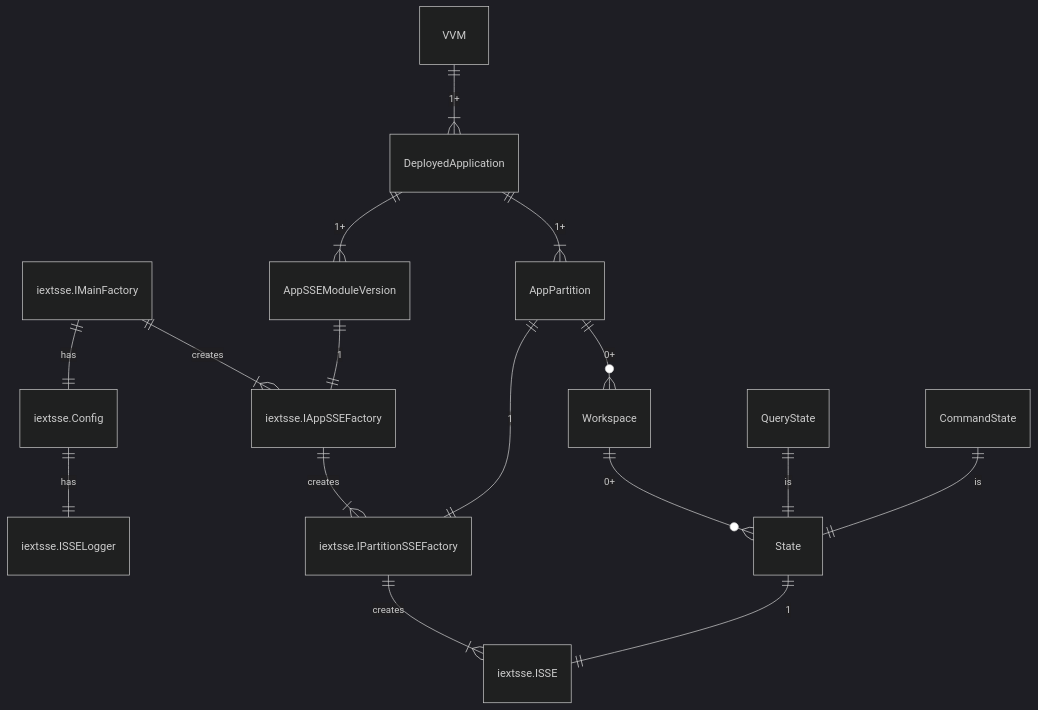
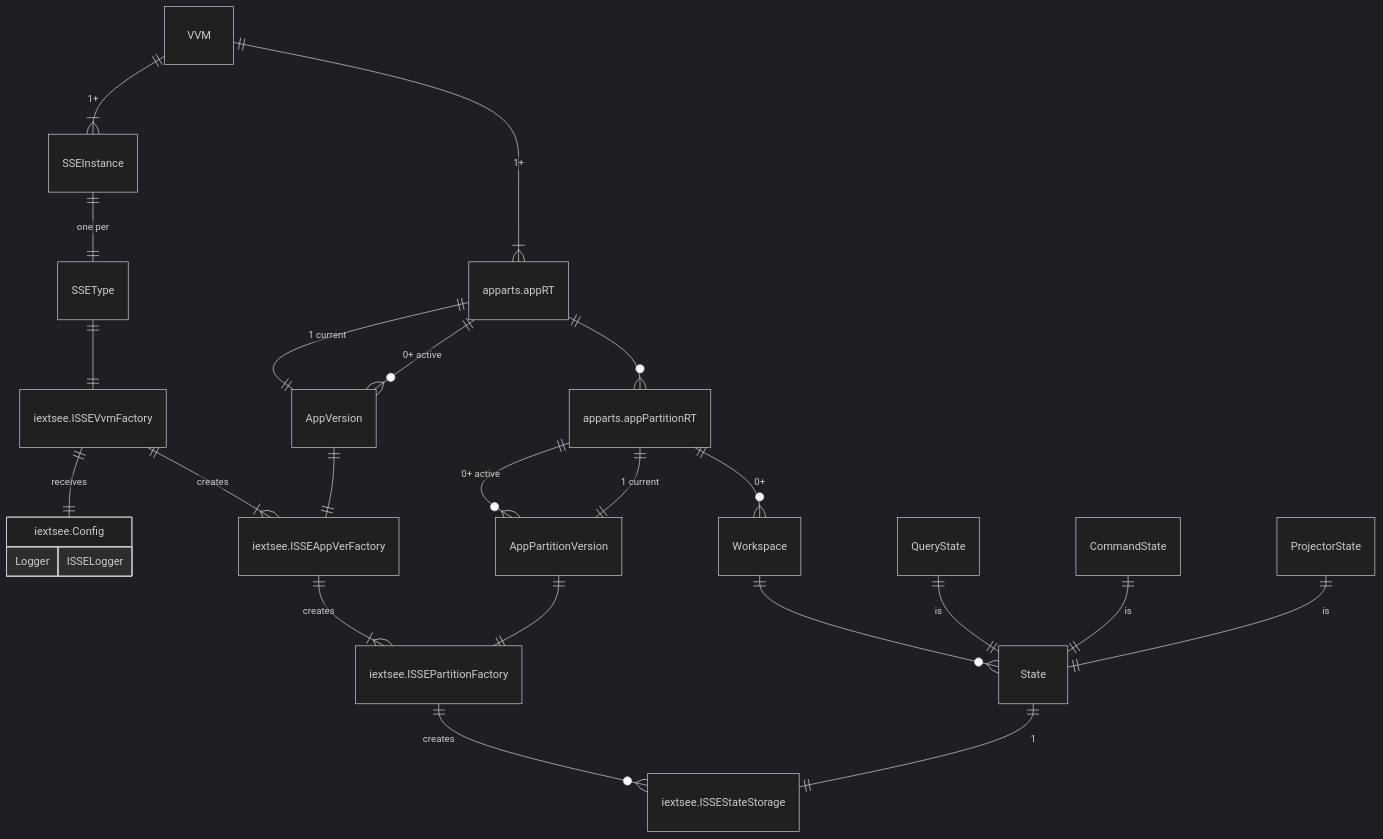
One commit to voedger/voedger changed the diagram in pkg/iextsse/README.md. Above: the diagram before and after it, drawn with Mermaid (dark theme). The commit also changed other lines of this file and 8 other files, not shown here.

````diff
--- a/pkg/iextsse/README.md
+++ b/pkg/iextsse/README.md
@@ -7,31 +15,58 @@
 ```mermaid
 erDiagram
     %% Entities
 
 
+    AppPartition["apparts.appPartitionRT"]
+    ISSEVvmFactory["iextsee.ISSEVvmFactory"]
+
+    %% It is here for better layout
+    ISSEVvmFactory ||--|| "iextsee.Config" : "receives"
+
+    ISSEAppVerFactory["iextsee.ISSEAppVerFactory"]
+    ISSEPartitionFactory["iextsee.ISSEPartitionFactory"]
+    ISSEStateStorage["iextsee.ISSEStateStorage"]
+
+    App["apparts.appRT"]
+
+    "iextsee.Config" {
+        Logger ISSELogger
+    }
+    
+    ProjectorState
+
     %% Relationships
-    "iextsse.IMainFactory" ||--|| "iextsse.Config" : "has"
-    "iextsse.Config" ||--|| "iextsse.ISSELogger" : "has"
-    "iextsse.IMainFactory" ||--|{ "iextsse.IAppSSEFactory" : "creates"
-    "iextsse.IAppSSEFactory" ||--|{ "iextsse.IPartitionSSEFactory" : "creates"
-    "iextsse.IPartitionSSEFactory" ||--|{ "iextsse.ISSE" : "creates"
+
+    VVM ||--|{ App : "1+"
+    VVM ||--|{ SSEInstance : "1+"
+    SSEInstance ||--||SSEType : "one per"
+    SSEType ||--|| ISSEVvmFactory: ""
+
+    ISSEVvmFactory ||--|{ ISSEAppVerFactory : "creates"
+    ISSEAppVerFactory ||--|{ ISSEPartitionFactory : "creates"
 
 
-    VVM ||--|{ DeployedApplication : "1+"
-    DeployedApplication ||--|{ AppSSEModuleVersion : "1+"
-    AppSSEModuleVersion ||--|| "iextsse.IAppSSEFactory": "1"
+    App ||--|| AppVersion : "1 current"
+    App ||--o{ AppVersion : "0+ active"
+    App ||--o{ AppPartition : ""
 
-    DeployedApplication ||--|{ AppPartition : "1+"
+    AppPartition ||--o{ AppPartitionVersion : "0+ active"
+    AppPartition ||--|| AppPartitionVersion : "1 current"
 
-    AppPartition ||--|| "iextsse.IPartitionSSEFactory" : "1"
+    AppVersion ||--|| ISSEAppVerFactory: ""
+
+
+    ISSEPartitionFactory ||--o{ ISSEStateStorage : "creates"
 
     AppPartition ||--o{ Workspace : "0+"
 
-    Workspace ||--o{ "State" : "0+"
+    Workspace ||--o{ "State" : ""
 
-    State ||--|| "iextsse.ISSE" : "1"
+    State ||--|| ISSEStateStorage : "1"
 
     QueryState ||--|| State : "is"
     CommandState  ||--|| State : "is"
+    AppPartitionVersion ||--|| ISSEPartitionFactory : ""
+    ProjectorState ||--|| State : is
 
 ```
````
